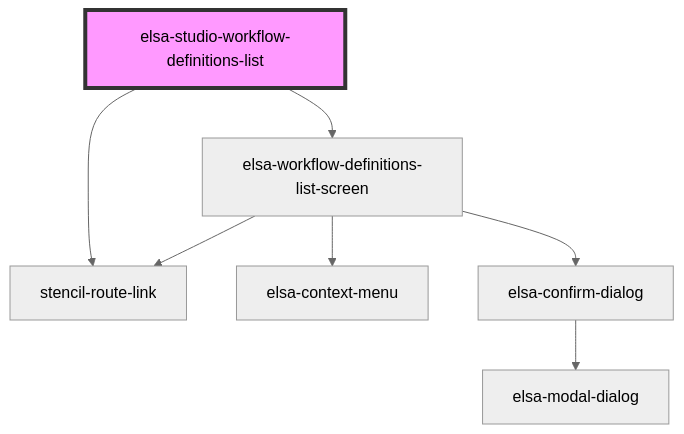
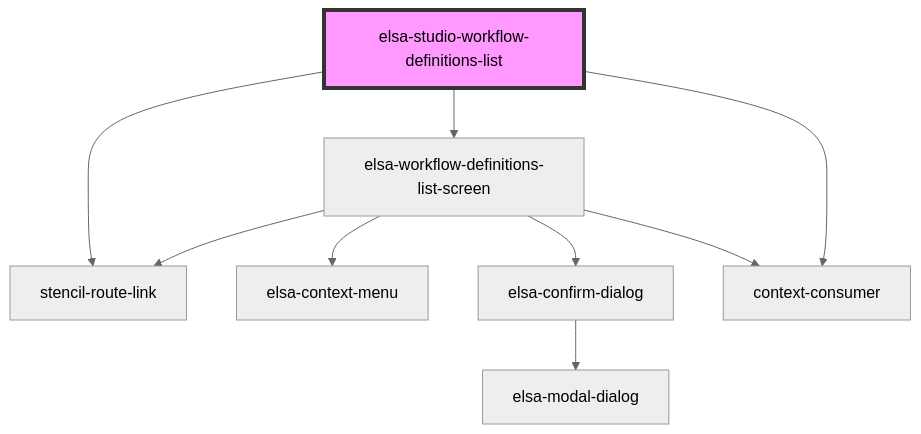
One commit to elsa-workflows/elsa-core changed the diagram in src/designer/elsa-workflows-studio/src/components/dashboard/pages/elsa-studio-workflow-definitions-list/readme.md. Above: the diagram before and after it, drawn with Mermaid (neutral theme). The commit also changed other lines of this file and 22 other files, not shown here.

````diff
--- a/src/designer/elsa-workflows-studio/src/components/dashboard/pages/elsa-studio-workflow-definitions-list/readme.md
+++ b/src/designer/elsa-workflows-studio/src/components/dashboard/pages/elsa-studio-workflow-definitions-list/readme.md
@@ -25,10 +25,12 @@
 ```mermaid
 graph TD;
   elsa-studio-workflow-definitions-list --> stencil-route-link
   elsa-studio-workflow-definitions-list --> elsa-workflow-definitions-list-screen
+  elsa-studio-workflow-definitions-list --> context-consumer
   elsa-workflow-definitions-list-screen --> stencil-route-link
   elsa-workflow-definitions-list-screen --> elsa-context-menu
   elsa-workflow-definitions-list-screen --> elsa-confirm-dialog
+  elsa-workflow-definitions-list-screen --> context-consumer
   elsa-confirm-dialog --> elsa-modal-dialog
   style elsa-studio-workflow-definitions-list fill:#f9f,stroke:#333,stroke-width:4px
 ```
````
